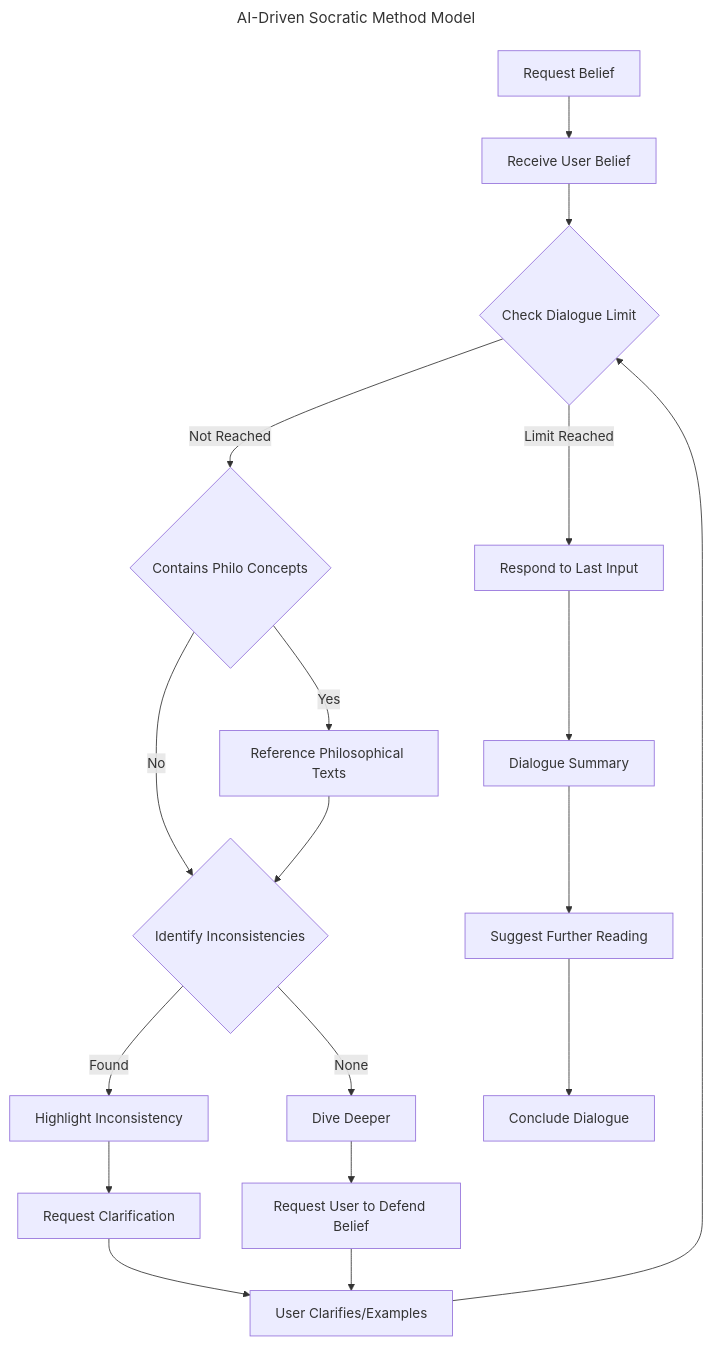
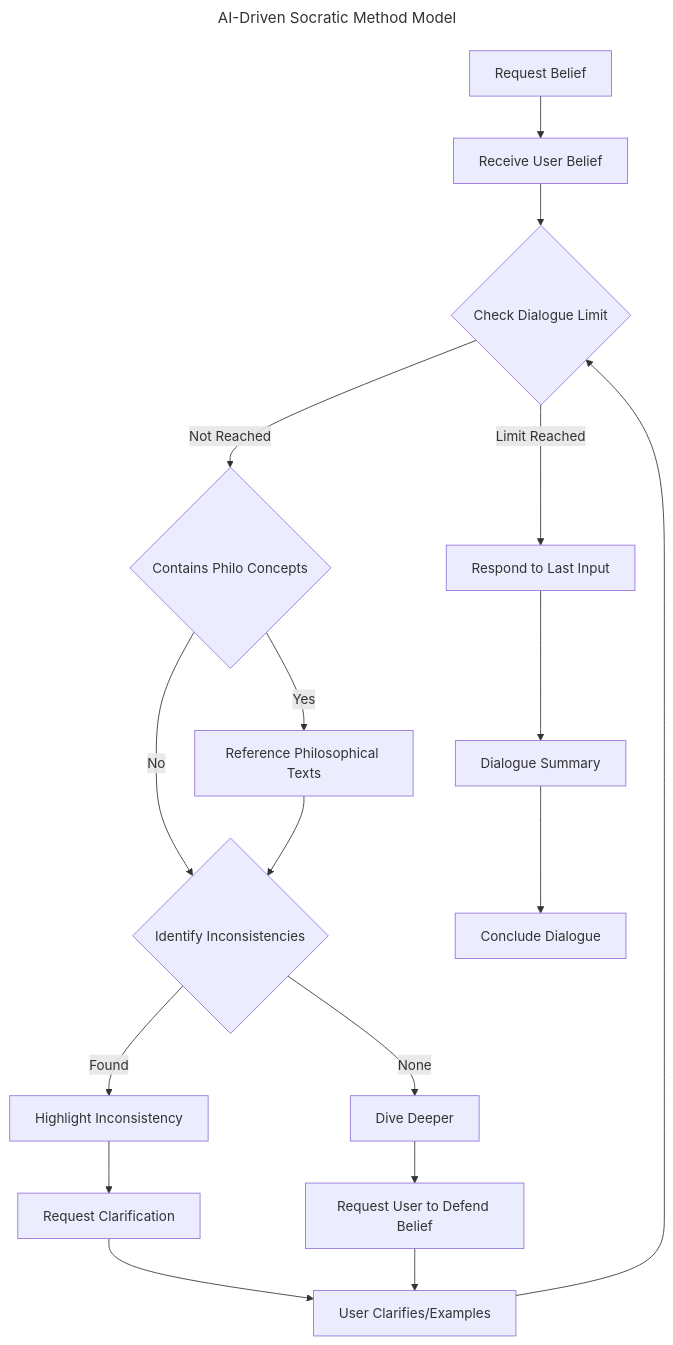
One commit to rixmape/eidos changed the diagram in README.md. Above: the diagram before and after it, drawn with Mermaid. The commit also changed 4 other files, not shown here.

````diff
--- a/README.md
+++ b/README.md
@@ -23,31 +23,30 @@
 ```mermaid
 ---
 title: AI-Driven Socratic Method Model
 ---
 flowchart TD
    A[Request Belief] --> B[Receive User Belief]
    B --> C{Check Dialogue Limit}
 
    C -- Not Reached --> D{Contains Philo Concepts}
 
    D -- Yes --> E
    E[Reference Philosophical Texts]
 
    D -- No --> F
 
    E --> F{Identify Inconsistencies}
 
    F -- Found --> G[Highlight Inconsistency]
    G --> H[Request Clarification]
    H --> I[User Clarifies/Examples]
    I --> C
 
    F -- None --> J[Dive Deeper]
    J --> K[Request User to Defend Belief]
    K --> I
 
    C -- Limit Reached --> L[Respond to Last Input]
    L --> M[Dialogue Summary]
-   M --> N[Suggest Further Reading]
-   N --> O[Conclude Dialogue]
+   M --> O[Conclude Dialogue]
 ```
````
